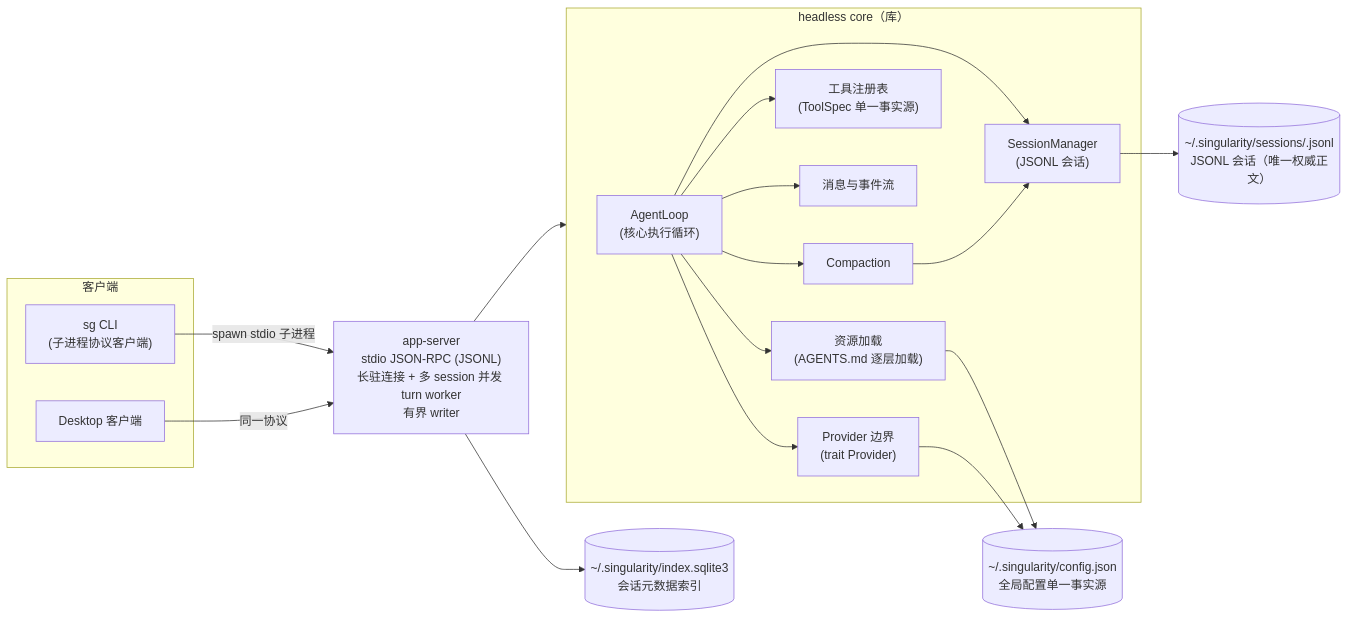
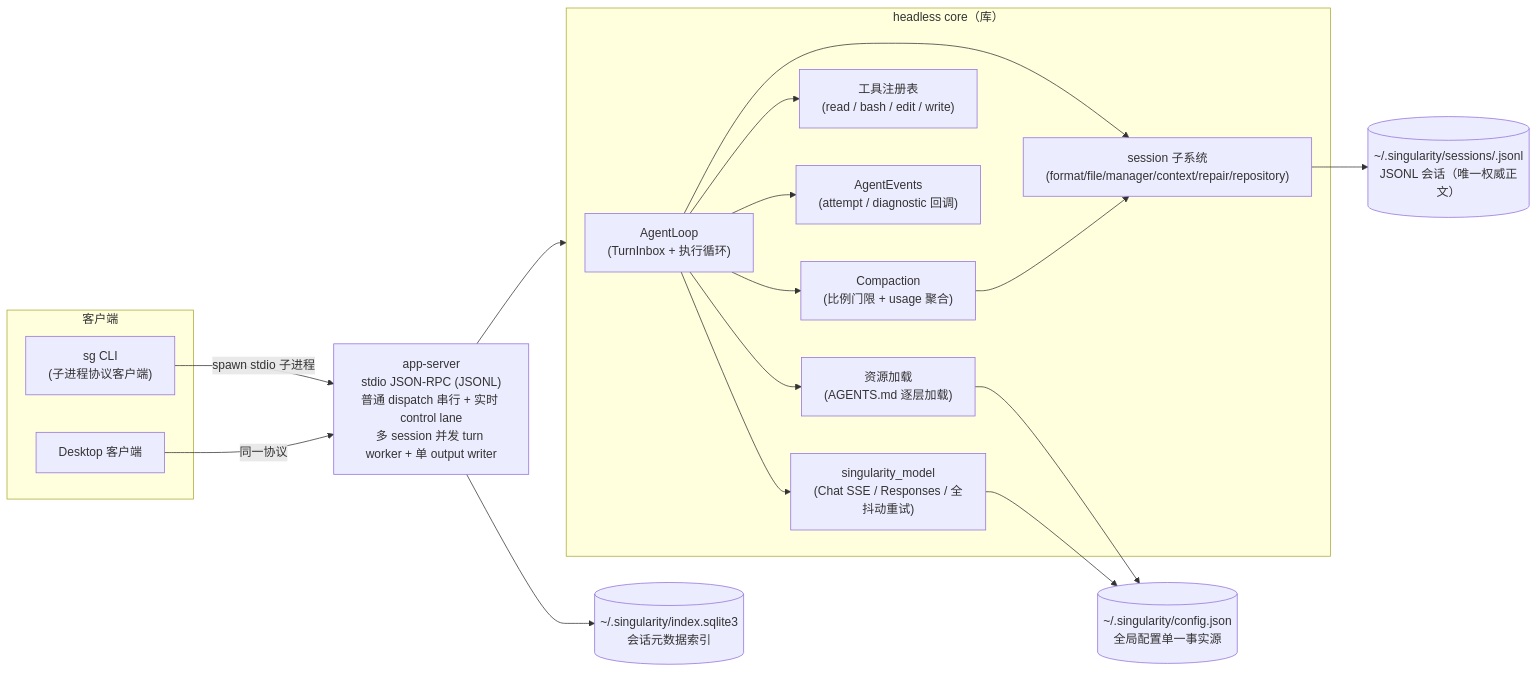
The first of 7 diagrams in docs/singularity.md (qjcnmd/singularity-agent), drawn with Mermaid before and after one commit. The commit also changed other lines of this file, not shown here.

Commit message:
docs: synchronize single architecture truth document

````diff
--- a/docs/singularity.md
+++ b/docs/singularity.md
@@ -22,35 +33,35 @@
 ```mermaid
 flowchart LR
     subgraph Client["客户端"]
         CLI["sg CLI<br/>(子进程协议客户端)"]
         Dsk["Desktop 客户端"]
     end
-    Svr["app-server<br/>stdio JSON-RPC (JSONL)<br/>长驻连接 + 多 session 并发 turn worker<br/>有界 writer"]
+    Svr["app-server<br/>stdio JSON-RPC (JSONL)<br/>普通 dispatch 串行 + 实时 control lane<br/>多 session 并发 turn worker + 单 output writer"]
     subgraph Core["headless core（库）"]
-        Loop["AgentLoop<br/>(核心执行循环)"]
-        SM["SessionManager<br/>(JSONL 会话)"]
-        CP["Compaction"]
-        TR["工具注册表<br/>(ToolSpec 单一事实源)"]
-        EV["消息与事件流"]
+        Loop["AgentLoop<br/>(TurnInbox + 执行循环)"]
+        SM["session 子系统<br/>(format/file/manager/context/repair/repository)"]
+        CP["Compaction<br/>(比例门限 + usage 聚合)"]
+        TR["工具注册表<br/>(read / bash / edit / write)"]
+        EV["AgentEvents<br/>(attempt / diagnostic 回调)"]
         RL["资源加载<br/>(AGENTS.md 逐层加载)"]
-        PV["Provider 边界<br/>(trait Provider)"]
+        PV["singularity_model<br/>(Chat SSE / Responses / 全抖动重试)"]
     end
     CFG[("~/.singularity/config.json<br/>全局配置单一事实源")]
     SES[("~/.singularity/sessions/<uuid>.jsonl<br/>JSONL 会话（唯一权威正文）")]
 
     IDX[("~/.singularity/index.sqlite3<br/>会话元数据索引")]
     CLI -->|"spawn stdio 子进程"| Svr
     Dsk -->|"同一协议"| Svr
     Svr --> Core
     Loop --> SM
     Loop --> CP
     Loop --> TR
     Loop --> EV
     Loop --> RL
     Loop --> PV
     CP --> SM
     SM --> SES
     Svr --> IDX
     RL --> CFG
     PV --> CFG
 ```
````
